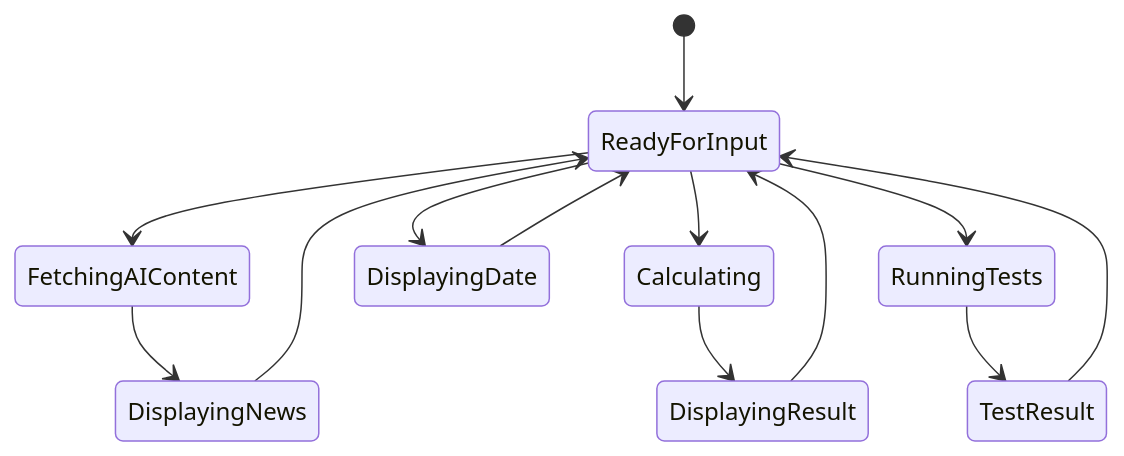
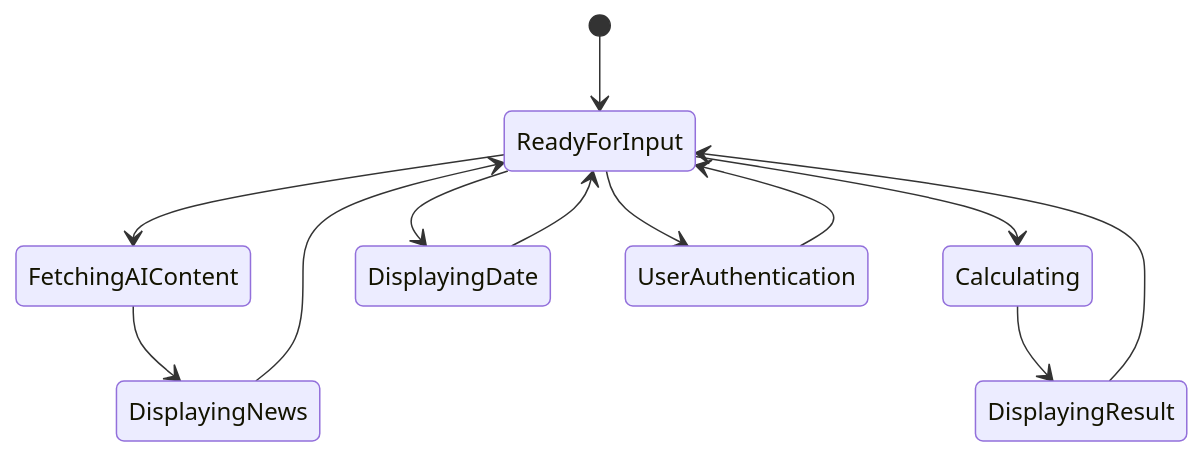
One commit to thoaihcmc/docs-pipeline-e2e-test changed the diagram in docs/diagrams/state-machine.mmd. Above: the diagram before and after it, drawn with Mermaid. The commit also changed 7 other files, not shown here.

Commit message:
docs: auto-generate FDD, BDD, ADD and diagrams for 50a6ba532f39a9bb62d3e61fbf0a9d72e614c07b

````diff
--- a/docs/diagrams/state-machine.mmd
+++ b/docs/diagrams/state-machine.mmd
@@ -1,15 +1,14 @@
 ```mermaid  
 stateDiagram-v2  
     [*] --> ReadyForInput  
     ReadyForInput --> FetchingAIContent  
     FetchingAIContent --> DisplayingNews  
     DisplayingNews --> ReadyForInput  
     ReadyForInput --> Calculating  
     Calculating --> DisplayingResult  
     DisplayingResult --> ReadyForInput  
     ReadyForInput --> DisplayingDate  
     DisplayingDate --> ReadyForInput  
-    ReadyForInput --> RunningTests  
-    RunningTests --> TestResult  
-    TestResult --> ReadyForInput  
+    ReadyForInput --> UserAuthentication  
+    UserAuthentication --> ReadyForInput  
 ```
````
